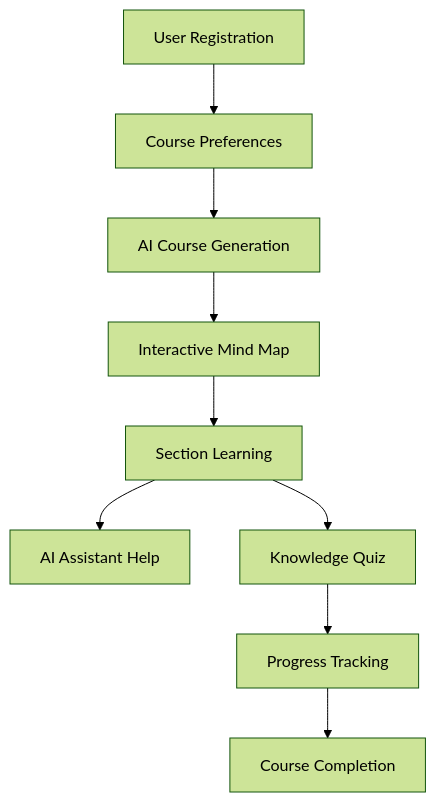
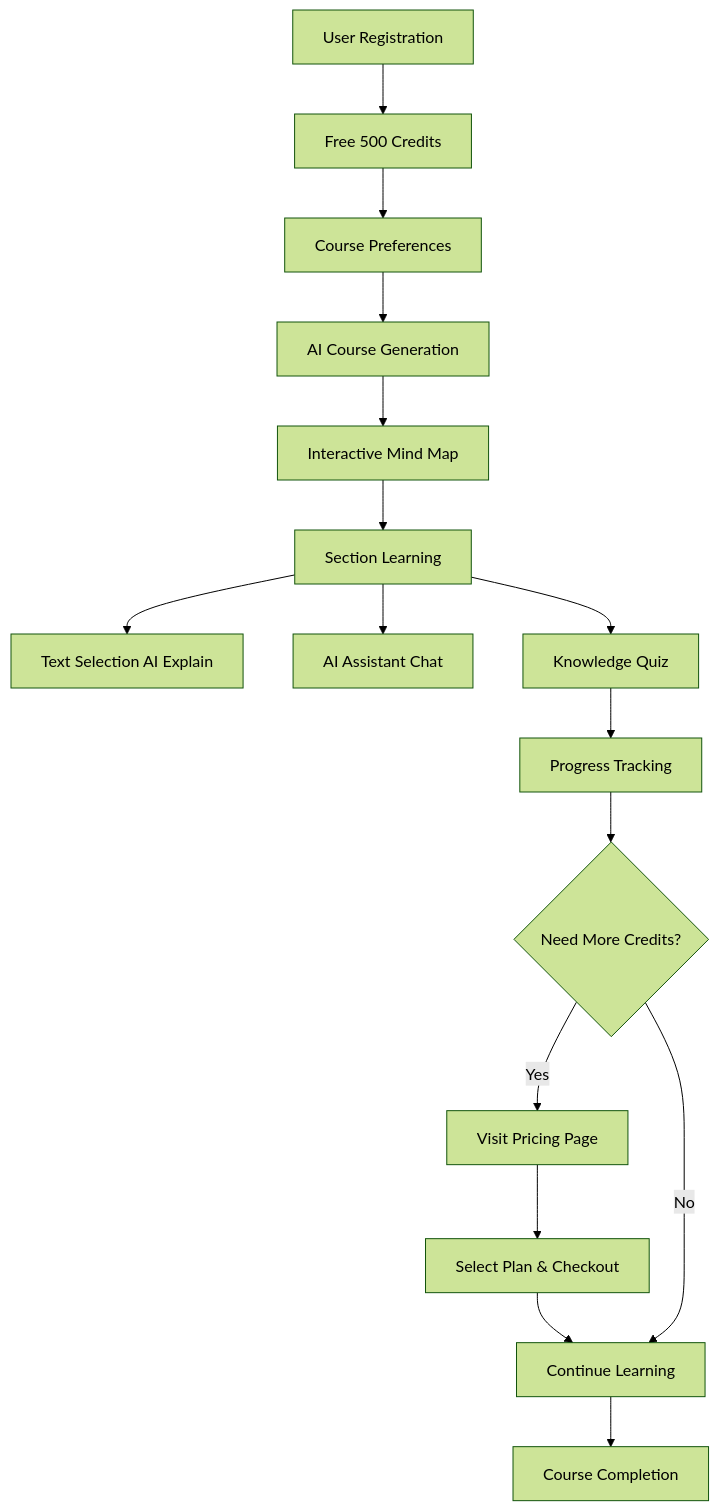
The diagram in README.md (cuthanhcam/pulsar-ai-hackathon-2025), drawn with Mermaid (forest theme) before and after one commit. The commit also changed other lines of this file and 4 other files, not shown here.

````diff
--- a/README.md
+++ b/README.md
@@ -152,11 +201,18 @@
 ```mermaid
 graph TD
-    A[User Registration] --> B[Course Preferences]
-    B --> C[AI Course Generation]
-    C --> D[Interactive Mind Map]
-    D --> E[Section Learning]
-    E --> F[AI Assistant Help]
-    E --> G[Knowledge Quiz]
-    G --> H[Progress Tracking]
-    H --> I[Course Completion]
+    A[User Registration] --> B[Free 500 Credits]
+    B --> C[Course Preferences]
+    C --> D[AI Course Generation]
+    D --> E[Interactive Mind Map]
+    E --> F[Section Learning]
+    F --> G[Text Selection AI Explain]
+    F --> H[AI Assistant Chat]
+    F --> I[Knowledge Quiz]
+    I --> J[Progress Tracking]
+    J --> K{Need More Credits?}
+    K -->|Yes| L[Visit Pricing Page]
+    L --> M[Select Plan & Checkout]
+    M --> N[Continue Learning]
+    K -->|No| N
+    N --> O[Course Completion]
 ```
````
